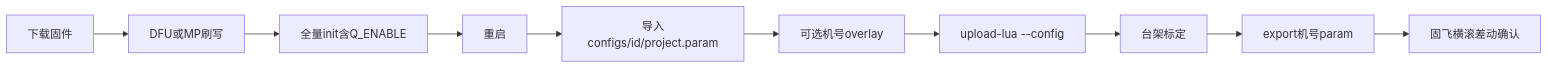
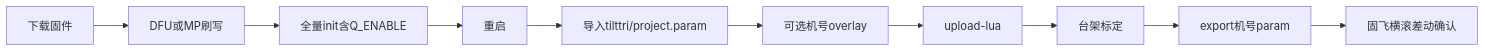
One commit to witon/TiltrotorAircraft changed the diagram in docs/ardupilot-setup.md. Above: the diagram before and after it, drawn with Mermaid. The commit also changed other lines of this file and 13 other files, not shown here.

````diff
--- a/docs/ardupilot-setup.md
+++ b/docs/ardupilot-setup.md
@@ -345,14 +287,14 @@
 ```mermaid
 flowchart LR
   download[下载固件]
   flash[DFU或MP刷写]
   init[全量init含Q_ENABLE]
   reboot1[重启]
-  param["导入configs/id/project.param"]
+  param["导入tilttri/project.param"]
   ac[可选机号overlay]
-  lua["upload-lua --config"]
+  lua[upload-lua]
   calib[台架标定]
   export[export机号param]
   stick[固飞横滚差动确认]
   download --> flash --> init --> reboot1 --> param --> ac --> lua --> calib --> export --> stick
 ```
````
